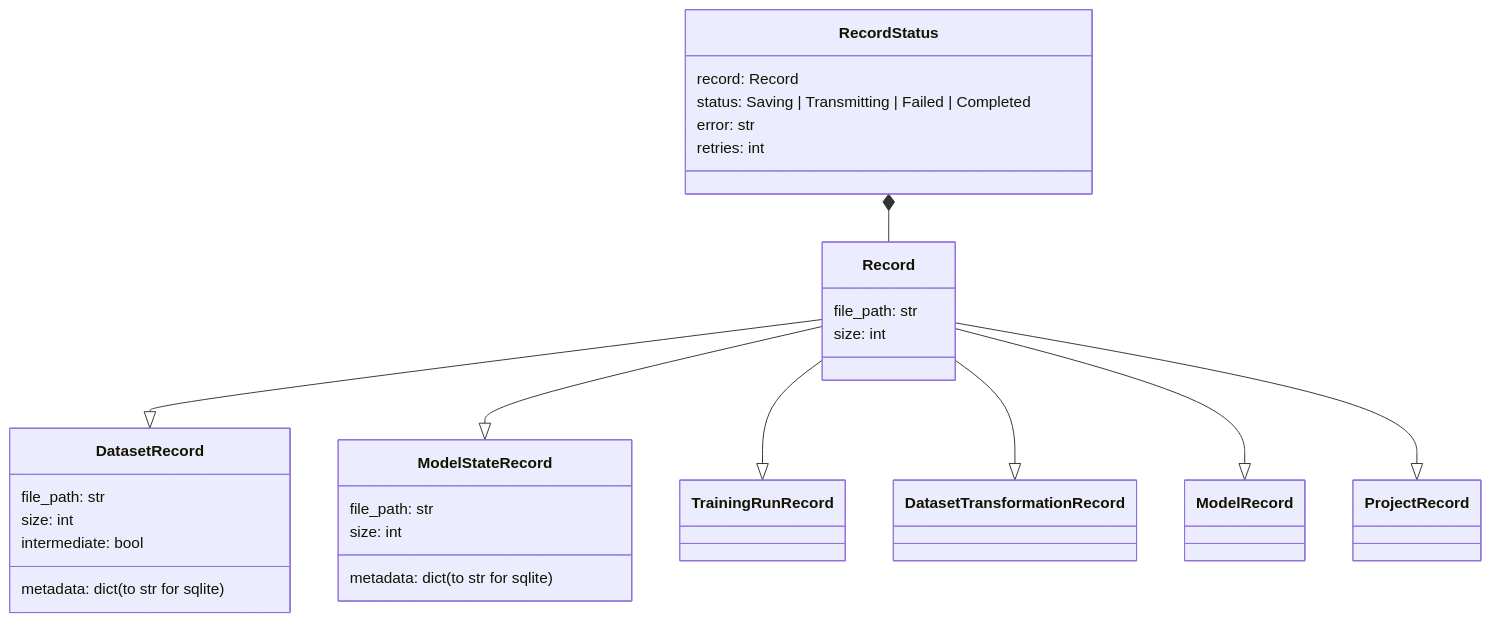
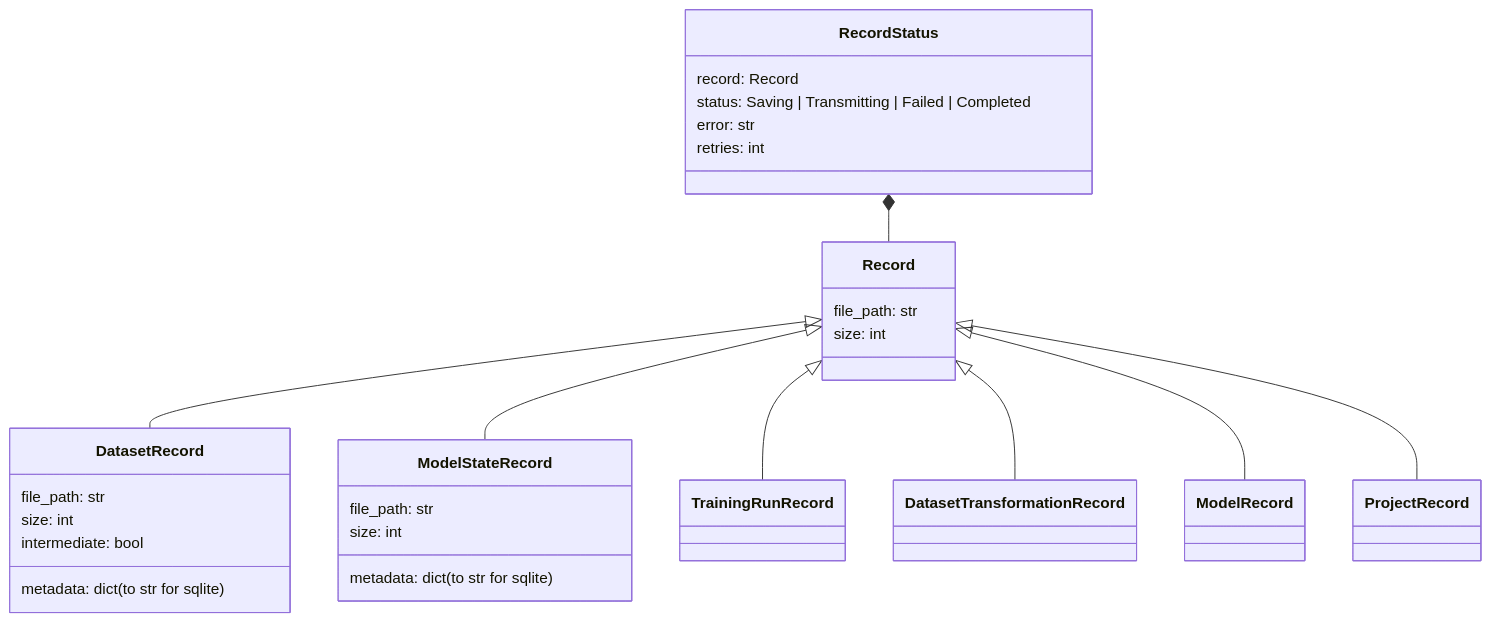
The second of 3 diagrams in docs/design/architecture.md (seclea/seclea_ai), drawn with Mermaid before and after one commit. The commit also changed other lines of this file, not shown here.

Commit message:
Minor additions to architecture.md.

````diff
--- a/docs/design/architecture.md
+++ b/docs/design/architecture.md
@@ -71,52 +72,52 @@
 ```mermaid
     classDiagram
-    
-    Record --|> DatasetRecord
-    Record --|> ModelStateRecord
-    Record --|> TrainingRunRecord
-    Record --|> DatasetTransformationRecord
-    Record --|> ModelRecord
-    Record --|> ProjectRecord
+
+    Record <|-- DatasetRecord
+    Record <|-- ModelStateRecord
+    Record <|-- TrainingRunRecord
+    Record <|-- DatasetTransformationRecord
+    Record <|-- ModelRecord
+    Record <|-- ProjectRecord
     RecordStatus *-- Record
-    
+
     class RecordStatus {
         record: Record
         status: Saving | Transmitting | Failed | Completed
         error: str
         retries: int 
     }
-    
+
     class Record {
         file_path: str
         size: int
     }
-    
+
     class DatasetRecord {
         file_path: str
         size: int
         intermediate: bool
         metadata: dict (to str for sqlite)
     }
-    
+
     class ModelStateRecord {
         file_path: str
         size: int
         metadata: dict (to str for sqlite)
     }
-    
+
     class DatasetTransformationRecord {
     
     }
-    
+
     class TrainingRunRecord {
     
     }
-    
+
     class ModelRecord {
     
     }
-    
+
     class ProjectRecord {
     
     }
 ```
````
